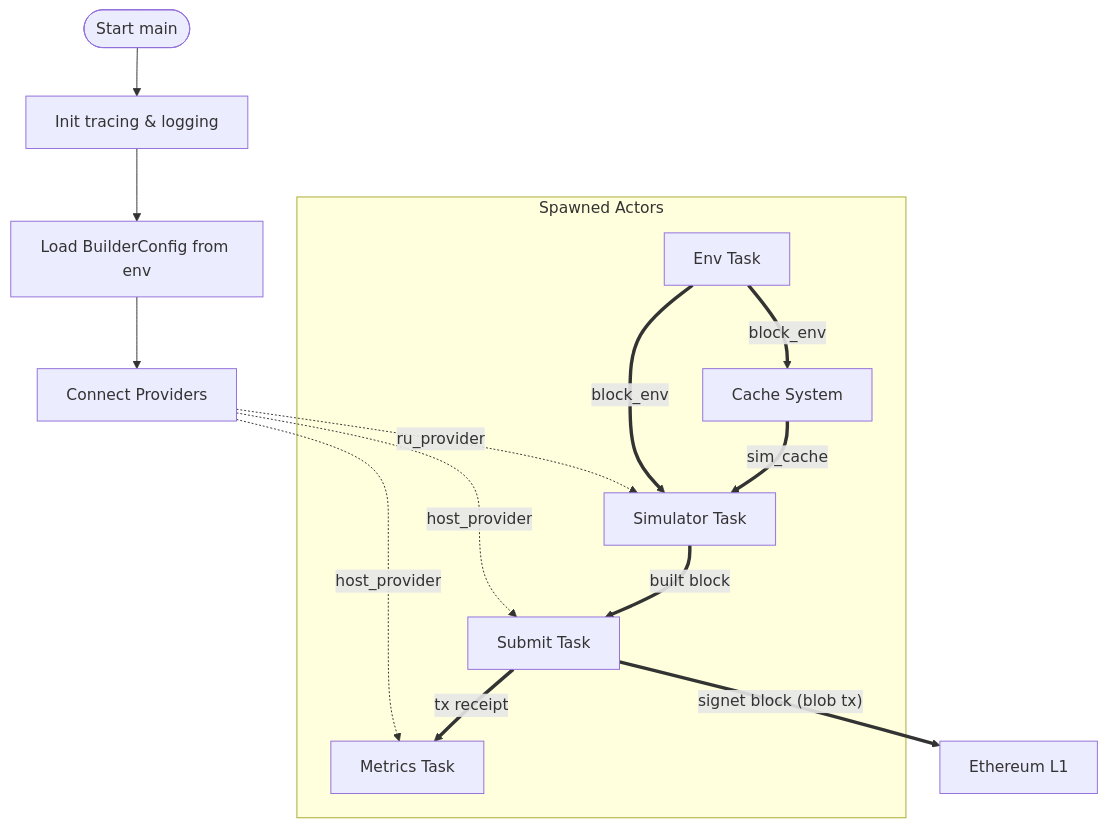
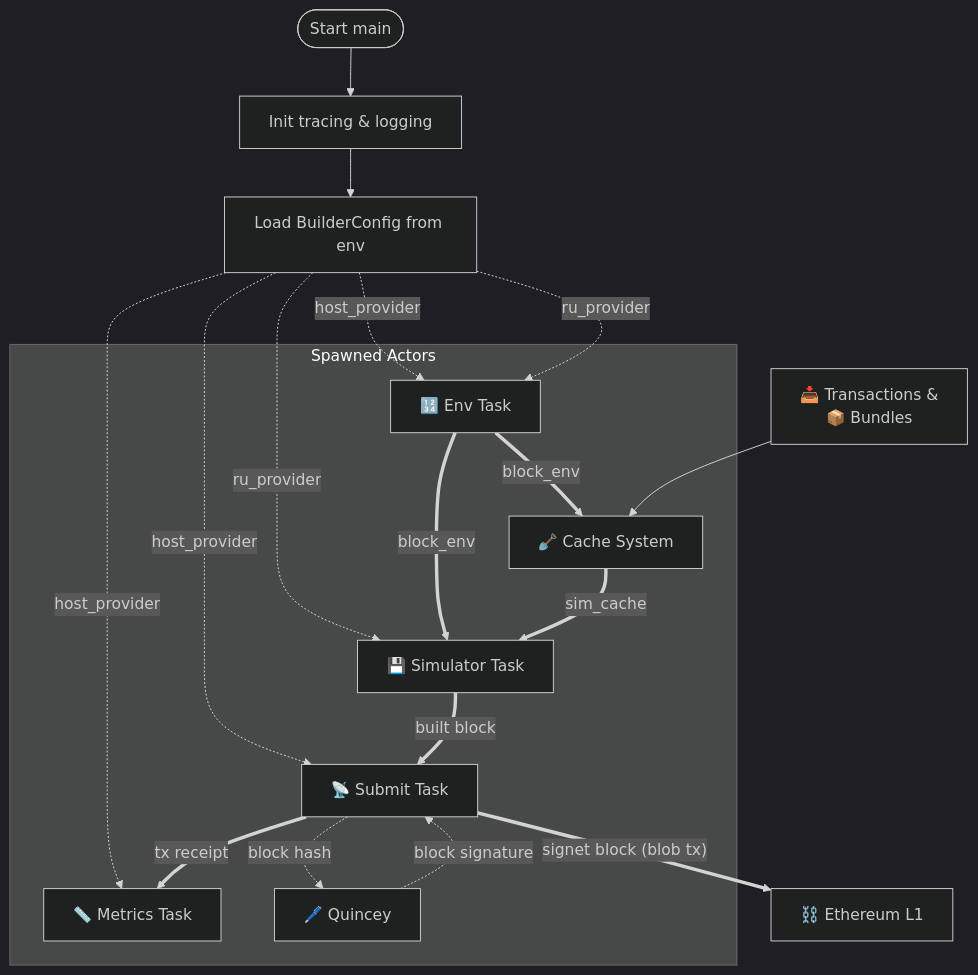
Before and after one commit to init4tech/builder: the diagram in README.md, drawn with Mermaid. The commit also changed other lines of this file and 1 other file, not shown here.

````diff
--- a/README.md
+++ b/README.md
@@ -17,29 +19,37 @@
 ```mermaid
+%%{ init : { "theme" : "dark" } }%%
 flowchart TD
     %% ────────────── INITIALIZATION ──────────────
     A0(["Start main"]) --> A1[Init tracing & logging]
     A1 --> A2_BuilderConfig[Load BuilderConfig from env]
     
     %% ────────────── CORE TASK SPAWNS ──────────────
     subgraph Tasks_Spawned["Spawned Actors"]
-        EnvTaskActor["Env Task"] ==block_env==> CacheSystem
-        CacheSystem["Cache System"]
-        MetricsTaskActor["Metrics Task"]
-        SubmitTaskActor["Submit Task"]
-        SimulatorTaskActor["Simulator Task"]
+        EnvTaskActor["🔢 Env Task"] ==block_env==> CacheSystem
+        CacheSystem["🪏 Cache System"]
+        MetricsTaskActor["📏 Metrics Task"]
+        SubmitTaskActor["📡 Submit Task "]
+        SimulatorTaskActor["💾 Simulator Task"]
+        Quincey["🖊️ Quincey"]
+
+        SubmitTaskActor -.block hash.-> Quincey
+        Quincey -.block signature.-> SubmitTaskActor
     end
 
     %% ────────────── CONNECTIONS & DATA FLOW ──────────────
-    A2_BuilderConfig --> A4_Providers["Connect Providers"]
+    A2_BuilderConfig -.host_provider.-> MetricsTaskActor
+    A2_BuilderConfig -.host_provider.->SubmitTaskActor
+    A2_BuilderConfig -.ru_provider.-> SimulatorTaskActor
+    A2_BuilderConfig -.host_provider.-> EnvTaskActor
+    A2_BuilderConfig -.ru_provider.-> EnvTaskActor
 
-    A4_Providers -.host_provider.-> MetricsTaskActor
-    A4_Providers -.host_provider.->SubmitTaskActor
-    A4_Providers -.ru_provider.-> SimulatorTaskActor
+    A3["📥 Transactions &
+    📦 Bundles"] --> CacheSystem
 
     EnvTaskActor ==block_env==> SimulatorTaskActor
     CacheSystem ==sim_cache ==> SimulatorTaskActor
     SubmitTaskActor ==tx receipt==> MetricsTaskActor
     SimulatorTaskActor ==built block==> SubmitTaskActor
 
-    SubmitTaskActor ==>|"signet block (blob tx)"| C1["Ethereum L1"]
+    SubmitTaskActor ==>|"signet block (blob tx)"| C1["⛓️ Ethereum L1"]
 ```
````
